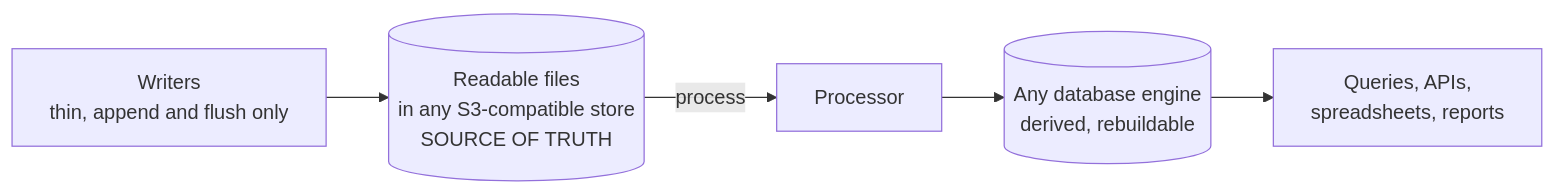
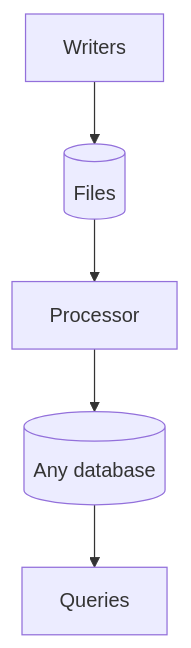
The diagram in README.md (bristweb/yafidb), drawn with Mermaid before and after one commit. The commit also changed other lines of this file and 1 other file, not shown here.

Commit message:
Make mermaid diagram narrow (top-to-bottom, short labels)

````diff
--- a/README.md
+++ b/README.md
@@ -11,7 +11,7 @@
 ```mermaid
-flowchart LR
-    W[Writers<br/>thin, append and flush only] --> F[(Readable files<br/>in any S3-compatible store<br/>SOURCE OF TRUTH)]
-    F -->|process| P[Processor]
-    P --> D[(Any database engine<br/>derived, rebuildable)]
-    D --> Q[Queries, APIs,<br/>spreadsheets, reports]
+flowchart TB
+    W[Writers] --> F[(Files)]
+    F --> P[Processor]
+    P --> D[(Any database)]
+    D --> Q[Queries]
 ```
````
